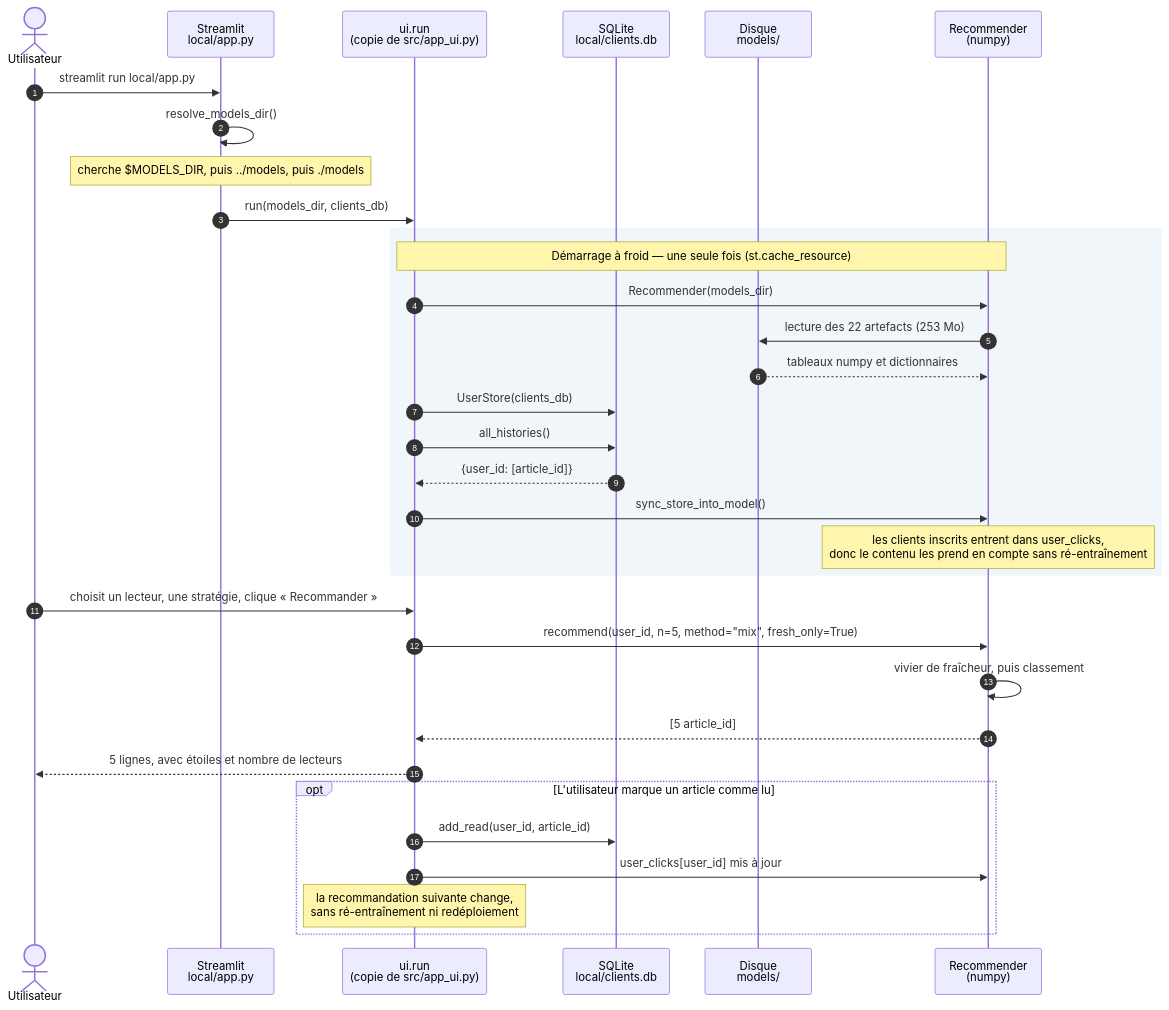
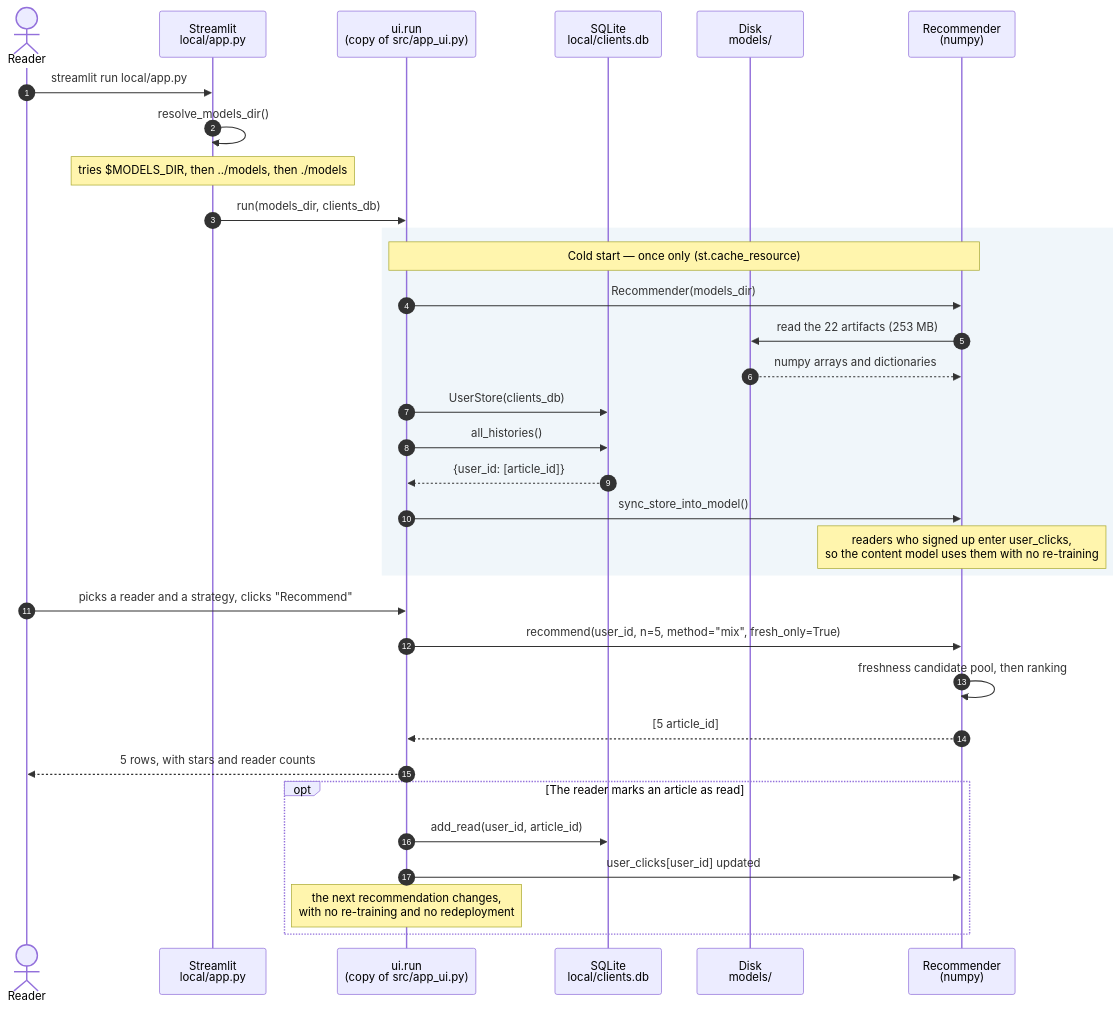
The first of 3 diagrams in docs/sequences.md (delnouty/Ricochet-content-recommendation), drawn with Mermaid before and after one commit. The commit also changed other lines of this file and 7 other files, not shown here.

First line of the commit message:
Translate the sequence diagrams, the four READMEs and infra to English

````diff
--- a/docs/sequences.md
+++ b/docs/sequences.md
@@ -24,39 +23,39 @@
 ```mermaid
 sequenceDiagram
     autonumber
-    actor U as Utilisateur
+    actor U as Reader
     participant ST as Streamlit<br/>local/app.py
-    participant UI as ui.run<br/>(copie de src/app_ui.py)
+    participant UI as ui.run<br/>(copy of src/app_ui.py)
     participant DB as SQLite<br/>local/clients.db
-    participant FS as Disque<br/>models/
+    participant FS as Disk<br/>models/
     participant R as Recommender<br/>(numpy)
 
     U->>ST: streamlit run local/app.py
     ST->>ST: resolve_models_dir()
-    Note over ST: cherche $MODELS_DIR, puis ../models, puis ./models
+    Note over ST: tries $MODELS_DIR, then ../models, then ./models
     ST->>UI: run(models_dir, clients_db)
 
     rect rgb(240, 246, 250)
-    Note over UI,R: Démarrage à froid — une seule fois (st.cache_resource)
+    Note over UI,R: Cold start — once only (st.cache_resource)
     UI->>R: Recommender(models_dir)
-    R->>FS: lecture des 22 artefacts (253 Mo)
-    FS-->>R: tableaux numpy et dictionnaires
+    R->>FS: read the 22 artifacts (253 MB)
+    FS-->>R: numpy arrays and dictionaries
     UI->>DB: UserStore(clients_db)
     UI->>DB: all_histories()
     DB-->>UI: {user_id: [article_id]}
     UI->>R: sync_store_into_model()
-    Note over R: les clients inscrits entrent dans user_clicks,<br/>donc le contenu les prend en compte sans ré-entraînement
+    Note over R: readers who signed up enter user_clicks,<br/>so the content model uses them with no re-training
     end
 
-    U->>UI: choisit un lecteur, une stratégie, clique « Recommander »
+    U->>UI: picks a reader and a strategy, clicks "Recommend"
     UI->>R: recommend(user_id, n=5, method="mix", fresh_only=True)
-    R->>R: vivier de fraîcheur, puis classement
+    R->>R: freshness candidate pool, then ranking
     R-->>UI: [5 article_id]
-    UI-->>U: 5 lignes, avec étoiles et nombre de lecteurs
+    UI-->>U: 5 rows, with stars and reader counts
 
-    opt L'utilisateur marque un article comme lu
+    opt The reader marks an article as read
     UI->>DB: add_read(user_id, article_id)
-    UI->>R: user_clicks[user_id] mis à jour
-    Note over UI: la recommandation suivante change,<br/>sans ré-entraînement ni redéploiement
+    UI->>R: user_clicks[user_id] updated
+    Note over UI: the next recommendation changes,<br/>with no re-training and no redeployment
     end
 ```
````
